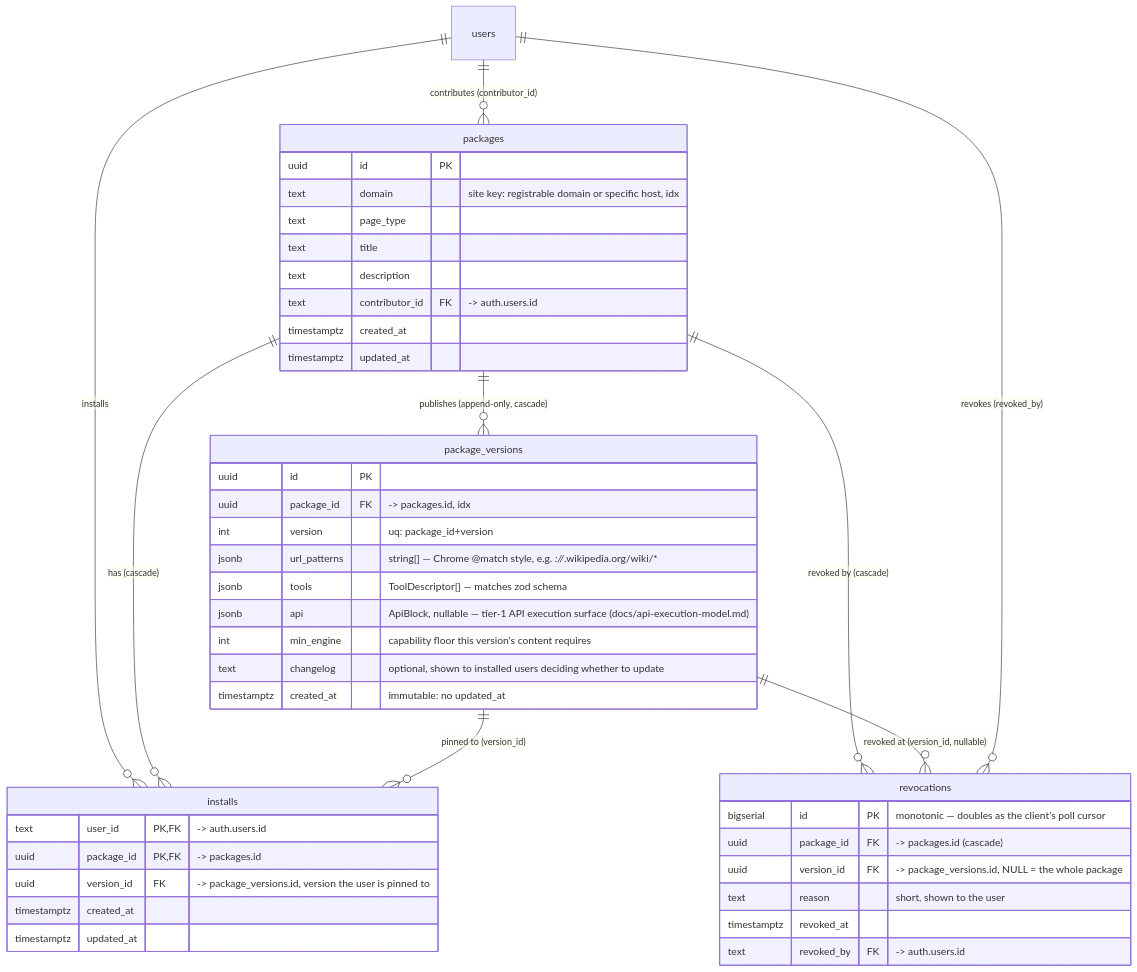
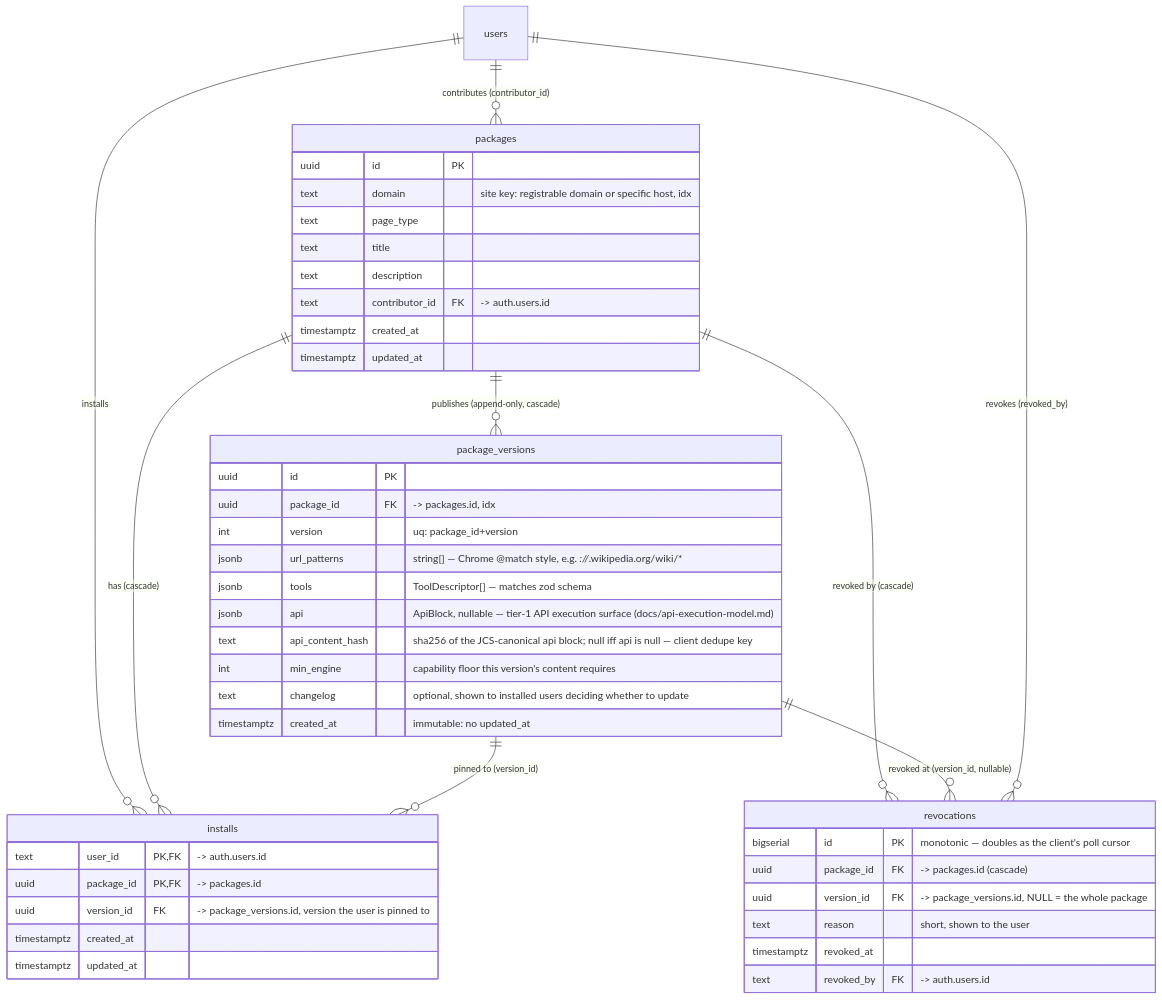
The first of 2 diagrams in docs/erd.md (robertn702/webmcp-today), drawn with Mermaid before and after one commit. The commit also changed 4 other files, not shown here.

Commit message:
docs: update system architecture, decisions, and ERD

````diff
--- a/docs/erd.md
+++ b/docs/erd.md
@@ -14,51 +14,52 @@
 ```mermaid
 erDiagram
     users ||--o{ packages : "contributes (contributor_id)"
     users ||--o{ installs : installs
     packages ||--o{ package_versions : "publishes (append-only, cascade)"
     packages ||--o{ installs : "has (cascade)"
     package_versions ||--o{ installs : "pinned to (version_id)"
     packages ||--o{ revocations : "revoked by (cascade)"
     package_versions ||--o{ revocations : "revoked at (version_id, nullable)"
     users ||--o{ revocations : "revokes (revoked_by)"
 
     packages {
         uuid id PK
         text domain "site key: registrable domain or specific host, idx"
         text page_type
         text title
         text description
         text contributor_id FK "-> auth.users.id"
         timestamptz created_at
         timestamptz updated_at
     }
 
     package_versions {
         uuid id PK
         uuid package_id FK "-> packages.id, idx"
         int version "uq: package_id+version"
         jsonb url_patterns "string[] — Chrome @match style, e.g. *://*.wikipedia.org/wiki/*"
         jsonb tools "ToolDescriptor[] — matches zod schema"
         jsonb api "ApiBlock, nullable — tier-1 API execution surface (docs/api-execution-model.md)"
+        text api_content_hash "sha256 of the JCS-canonical api block; null iff api is null — client dedupe key"
         int min_engine "capability floor this version's content requires"
         text changelog "optional, shown to installed users deciding whether to update"
         timestamptz created_at "immutable: no updated_at"
     }
 
     installs {
         text user_id PK,FK "-> auth.users.id"
         uuid package_id PK,FK "-> packages.id"
         uuid version_id FK "-> package_versions.id, version the user is pinned to"
         timestamptz created_at
         timestamptz updated_at
     }
 
     revocations {
         bigserial id PK "monotonic — doubles as the client's poll cursor"
         uuid package_id FK "-> packages.id (cascade)"
         uuid version_id FK "-> package_versions.id, NULL = the whole package"
         text reason "short, shown to the user"
         timestamptz revoked_at
         text revoked_by FK "-> auth.users.id"
     }
 ```
````
